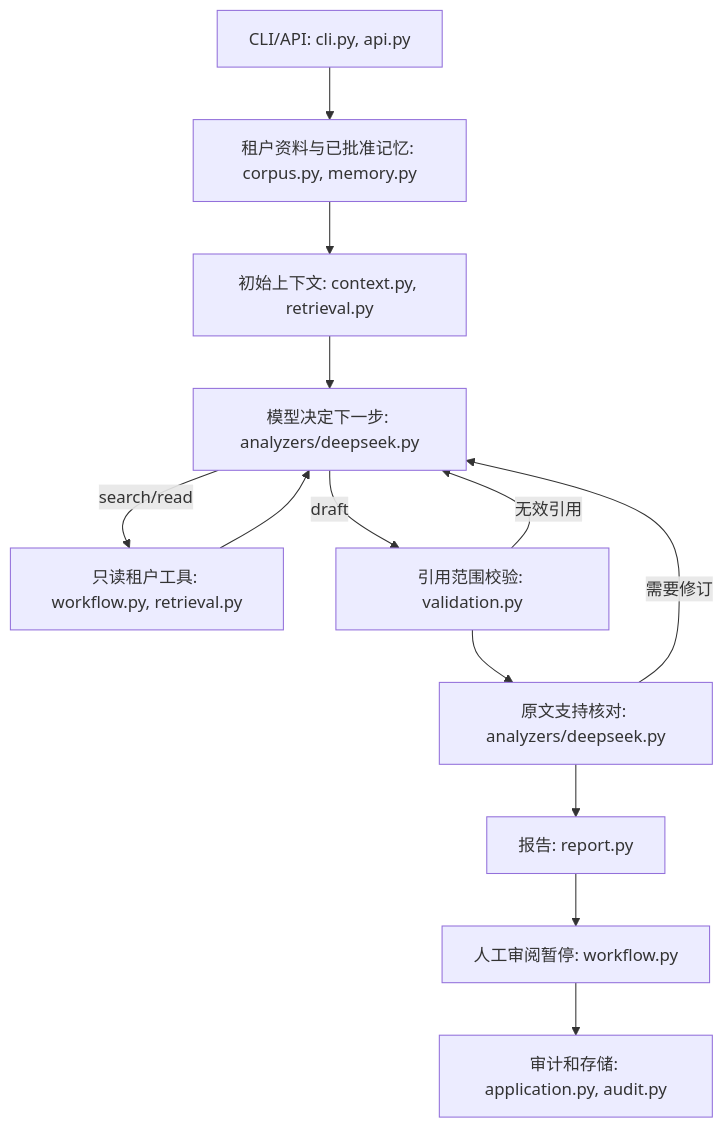
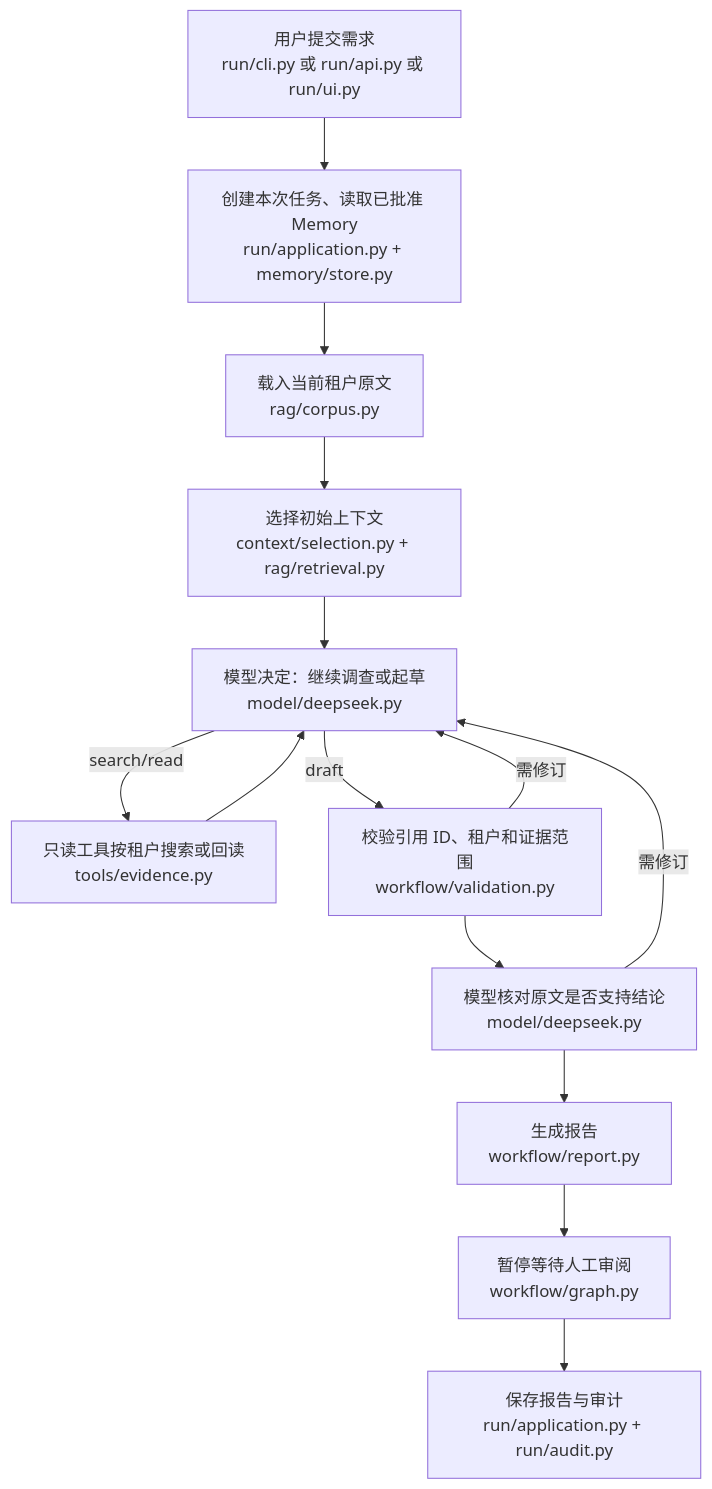
One commit to asuka030408/erp-change-evaluation-agent changed the diagram in docs/architecture.md. Above: the diagram before and after it, drawn with Mermaid. The commit also changed other lines of this file and 46 other files, not shown here.

````diff
--- a/docs/architecture.md
+++ b/docs/architecture.md
@@ -3,15 +22,17 @@
 ```mermaid
 flowchart TD
-  A[CLI/API: cli.py, api.py] --> B[租户资料与已批准记忆: corpus.py, memory.py]
-  B --> C[初始上下文: context.py, retrieval.py]
-  C --> D[模型决定下一步: analyzers/deepseek.py]
-  D -->|search/read| E[只读租户工具: workflow.py, retrieval.py]
-  E --> D
-  D -->|draft| F[引用范围校验: validation.py]
-  F -->|无效引用| D
-  F --> G[原文支持核对: analyzers/deepseek.py]
-  G -->|需要修订| D
-  G --> H[报告: report.py]
-  H --> I[人工审阅暂停: workflow.py]
-  I --> J[审计和存储: application.py, audit.py]
+  A[用户提交需求<br/>run/cli.py 或 run/api.py 或 run/ui.py]
+  --> B[创建本次任务、读取已批准 Memory<br/>run/application.py + memory/store.py]
+  B --> C[载入当前租户原文<br/>rag/corpus.py]
+  C --> D[选择初始上下文<br/>context/selection.py + rag/retrieval.py]
+  D --> E[模型决定：继续调查或起草<br/>model/deepseek.py]
+  E -->|search/read| F[只读工具按租户搜索或回读<br/>tools/evidence.py]
+  F --> E
+  E -->|draft| G[校验引用 ID、租户和证据范围<br/>workflow/validation.py]
+  G -->|需修订| E
+  G --> H[模型核对原文是否支持结论<br/>model/deepseek.py]
+  H -->|需修订| E
+  H --> I[生成报告<br/>workflow/report.py]
+  I --> J[暂停等待人工审阅<br/>workflow/graph.py]
+  J --> K[保存报告与审计<br/>run/application.py + run/audit.py]
 ```
````
